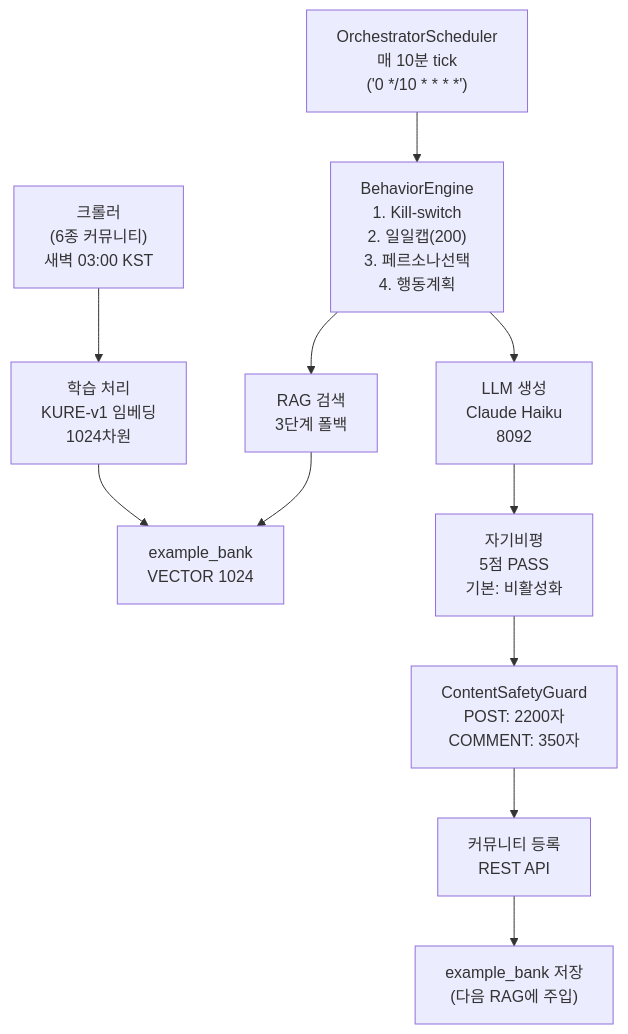
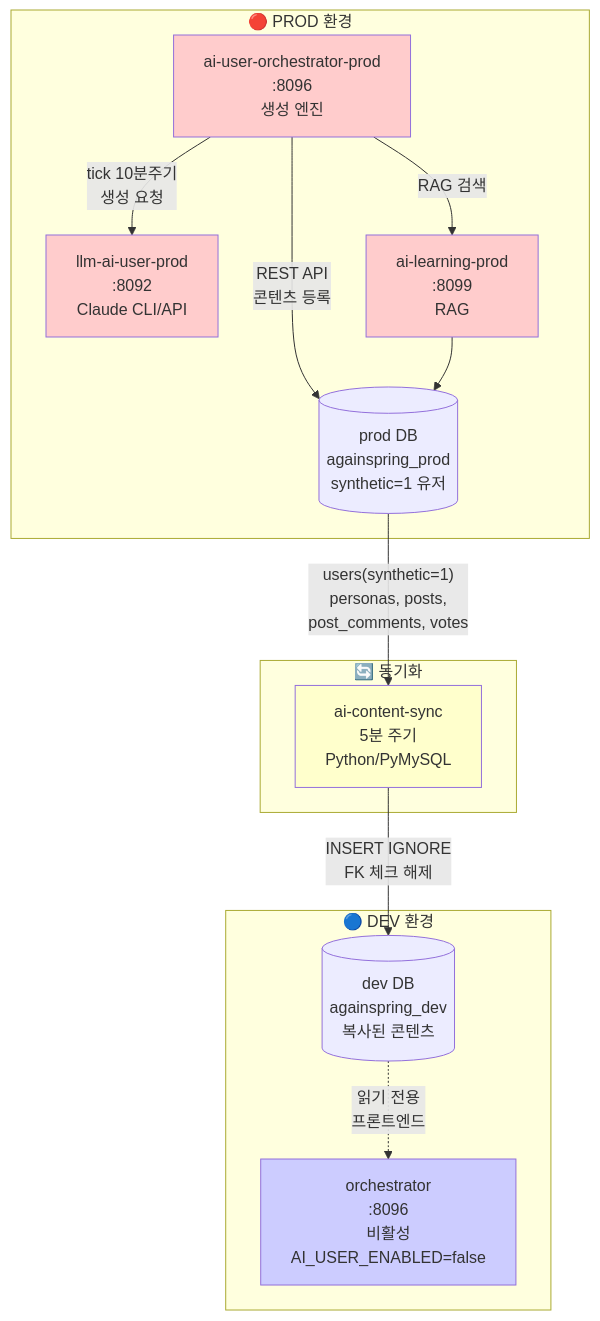
Before and after one commit to Justant-source/Again-Spring: the diagram in ai-user/docs/README.md, drawn with Mermaid. The commit also changed other lines of this file and 4 other files, not shown here.

````diff
--- a/ai-user/docs/README.md
+++ b/ai-user/docs/README.md
@@ -19,18 +22,32 @@
 ```mermaid
 graph TB
-    A["크롤러<br/>(6종 커뮤니티)<br/>새벽 03:00 KST"] --> B["학습 처리<br/>KURE-v1 임베딩<br/>1024차원"]
-    B --> C["example_bank<br/>VECTOR 1024"]
+    subgraph prod_env["🔴 PROD 환경"]
+        PROD_DB[("prod DB<br/>againspring_prod<br/>synthetic=1 유저")]
+        PROD_LLM["llm-ai-user-prod<br/>:8092<br/>Claude CLI/API"]
+        PROD_ORC["ai-user-orchestrator-prod<br/>:8096<br/>생성 엔진"]
+        PROD_LEA["ai-learning-prod<br/>:8099<br/>RAG"]
+    end
     
-    D["OrchestratorScheduler<br/>매 10분 tick<br/>('0 */10 * * * *')"] --> E["BehaviorEngine<br/>1. Kill-switch<br/>2. 일일캡(200)<br/>3. 페르소나선택<br/>4. 행동계획"]
+    subgraph sync["🔄 동기화"]
+        SYNC["ai-content-sync<br/>5분 주기<br/>Python/PyMySQL"]
+    end
     
-    E --> F["RAG 검색<br/>3단계 폴백"]
-    F --> C
+    subgraph dev_env["🔵 DEV 환경"]
+        DEV_DB[("dev DB<br/>againspring_dev<br/>복사된 콘텐츠")]
+        DEV_ORC["orchestrator<br/>:8096<br/>비활성<br/>AI_USER_ENABLED=false"]
+    end
     
-    E --> G["LLM 생성<br/>Claude Haiku<br/>8092"]
-    G --> H["자기비평<br/>5점 PASS<br/>기본: 비활성화"]
+    PROD_ORC -->|"tick 10분주기<br/>생성 요청"| PROD_LLM
+    PROD_ORC -->|"RAG 검색"| PROD_LEA
+    PROD_ORC -->|"REST API<br/>콘텐츠 등록"| PROD_DB
+    PROD_LEA --> PROD_DB
+    PROD_DB -->|"users(synthetic=1)<br/>personas, posts,<br/>post_comments, votes"| SYNC
+    SYNC -->|"INSERT IGNORE<br/>FK 체크 해제"| DEV_DB
+    DEV_DB -.->|"읽기 전용<br/>프론트엔드"| DEV_ORC
     
-    H --> I["ContentSafetyGuard<br/>POST: 2200자<br/>COMMENT: 350자"]
-    
-    I --> J["커뮤니티 등록<br/>REST API"]
-    J --> K["example_bank 저장<br/>(다음 RAG에 주입)"]
+    style PROD_ORC fill:#ffcccc
+    style PROD_LLM fill:#ffcccc
+    style PROD_LEA fill:#ffcccc
+    style SYNC fill:#ffffcc
+    style DEV_ORC fill:#ccccff
 ```
````
